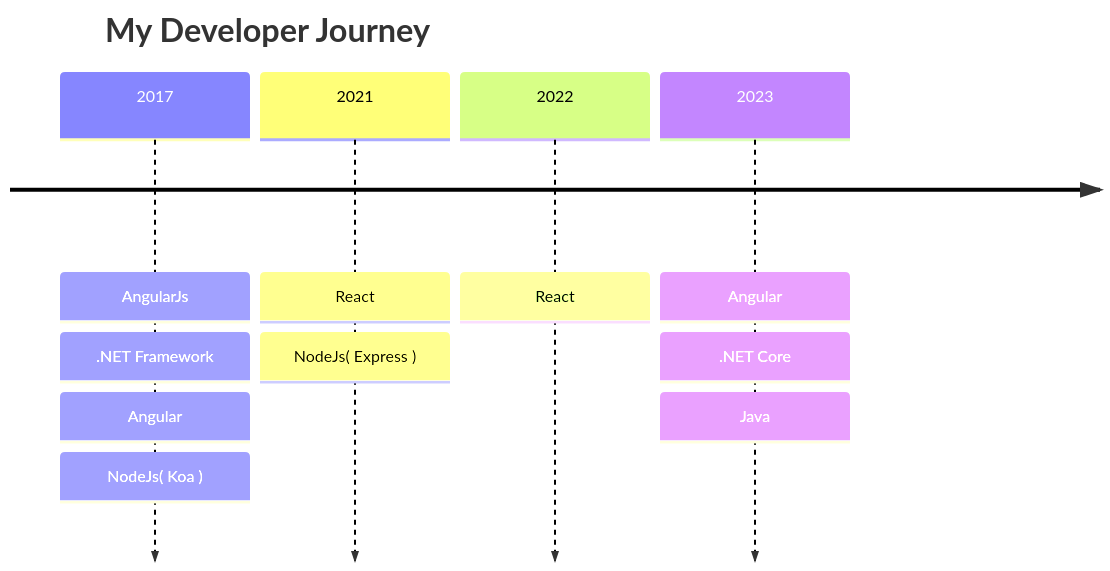
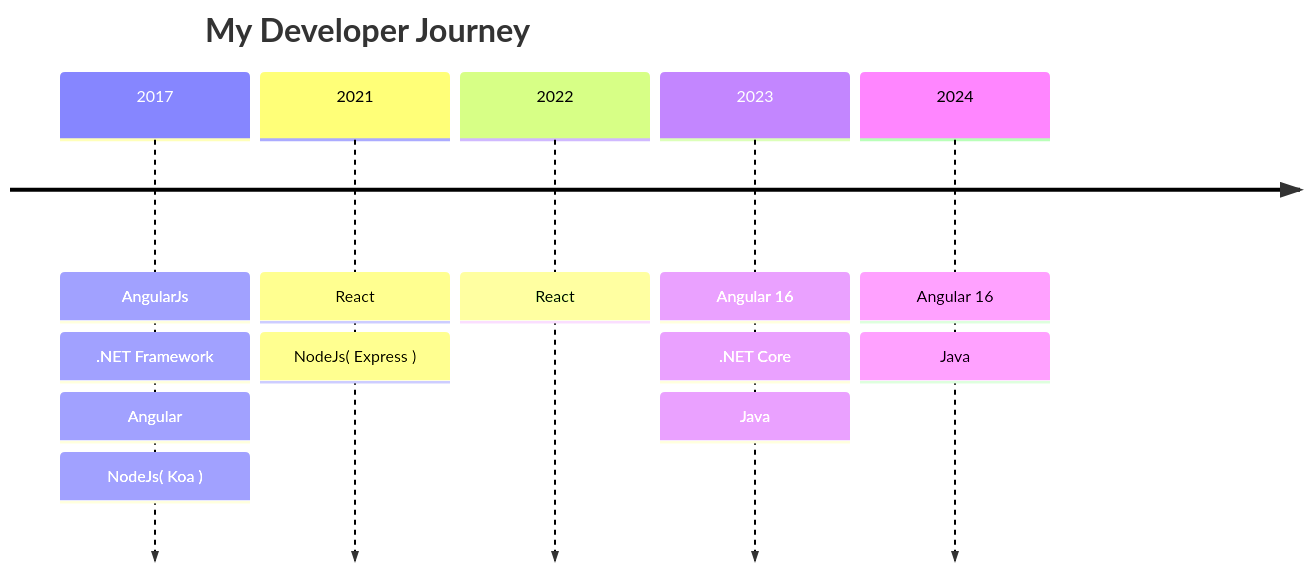
The diagram in README.md (grady982/grady982), drawn with Mermaid before and after one commit.

````diff
--- a/README.md
+++ b/README.md
@@ -13,14 +13,16 @@
 ```mermaid
 timeline
     title My Developer Journey
     2017 : AngularJs
          : .NET Framework
          : Angular
          : NodeJs( Koa )
     2021 : React
          : NodeJs( Express )
     2022 : React
-    2023 : Angular
-             : .NET Core
-             : Java
+    2023 : Angular 16
+         : .NET Core
+         : Java
+    2024 : Angular 16
+         : Java
 ```
````
